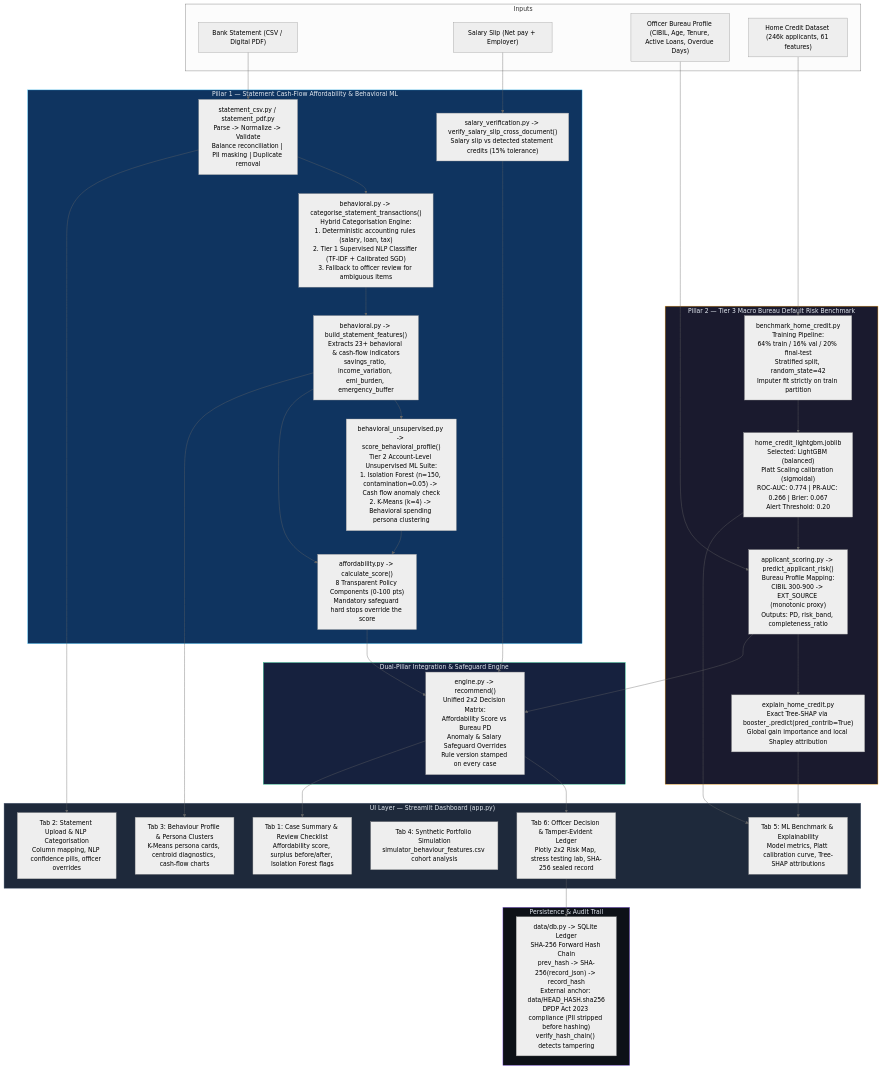
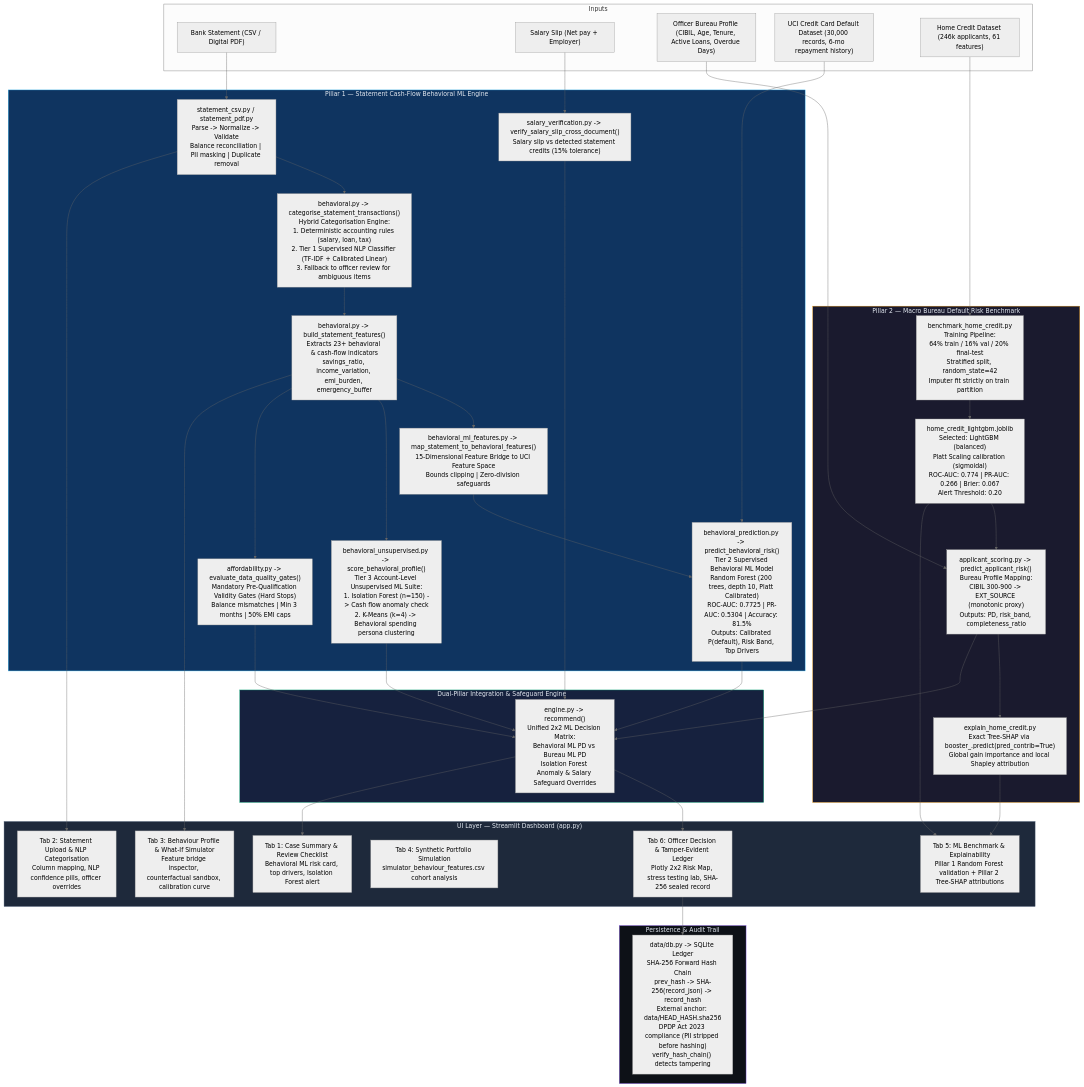
Before and after one commit to rohith5709/behavioral-credit-decision-support-system: the first of 2 diagrams in docs/system_architecture.md, drawn with Mermaid (neutral theme). The commit also changed other lines of this file and 3 other files, not shown here.

```diff
--- a/docs/system_architecture.md
+++ b/docs/system_architecture.md
@@ -17,24 +20,29 @@
         CSV["Bank Statement (CSV / Digital PDF)"]
         SLIP["Salary Slip (Net pay + Employer)"]
         BUREAU["Officer Bureau Profile (CIBIL, Age, Tenure, Active Loans, Overdue Days)"]
+        UCI["UCI Credit Card Default Dataset (30,000 records, 6-mo repayment history)"]
         HC["Home Credit Dataset (246k applicants, 61 features)"]
     end
 
-    subgraph Pillar1["Pillar 1 — Statement Cash-Flow Affordability & Behavioral ML"]
+    subgraph Pillar1["Pillar 1 — Statement Cash-Flow Behavioral ML Engine"]
         PARSE["statement_csv.py / statement_pdf.py\nParse -> Normalize -> Validate\nBalance reconciliation | PII masking | Duplicate removal"]
         
-        CAT["behavioral.py -> categorise_statement_transactions()\nHybrid Categorisation Engine:\n1. Deterministic accounting rules (salary, loan, tax)\n2. Tier 1 Supervised NLP Classifier (TF-IDF + Calibrated SGD)\n3. Fallback to officer review for ambiguous items"]
+        CAT["behavioral.py -> categorise_statement_transactions()\nHybrid Categorisation Engine:\n1. Deterministic accounting rules (salary, loan, tax)\n2. Tier 1 Supervised NLP Classifier (TF-IDF + Calibrated Linear)\n3. Fallback to officer review for ambiguous items"]
         
         FEAT["behavioral.py -> build_statement_features()\nExtracts 23+ behavioral & cash-flow indicators\nsavings_ratio, income_variation, emi_burden, emergency_buffer"]
         
-        UNSUP["behavioral_unsupervised.py -> score_behavioral_profile()\nTier 2 Account-Level Unsupervised ML Suite:\n1. Isolation Forest (n=150, contamination=0.05) -> Cash flow anomaly check\n2. K-Means (k=4) -> Behavioral spending persona clustering"]
+        BRIDGE["behavioral_ml_features.py -> map_statement_to_behavioral_features()\n15-Dimensional Feature Bridge to UCI Feature Space\nBounds clipping | Zero-division safeguards"]
         
-        AFF["affordability.py -> calculate_score()\n8 Transparent Policy Components (0-100 pts)\nMandatory safeguard hard stops override the score"]
+        ML_PRED["behavioral_prediction.py -> predict_behavioral_risk()\nTier 2 Supervised Behavioral ML Model\nRandom Forest (200 trees, depth 10, Platt Calibrated)\nROC-AUC: 0.7725 | PR-AUC: 0.5304 | Accuracy: 81.5%\nOutputs: Calibrated P(default), Risk Band, Top Drivers"]
+
+        UNSUP["behavioral_unsupervised.py -> score_behavioral_profile()\nTier 3 Account-Level Unsupervised ML Suite:\n1. Isolation Forest (n=150) -> Cash flow anomaly check\n2. K-Means (k=4) -> Behavioral spending persona clustering"]
+        
+        GATES["affordability.py -> evaluate_data_quality_gates()\nMandatory Pre-Qualification Validity Gates (Hard Stops)\nBalance mismatches | Min 3 months | 50% EMI caps"]
         
         VERIFY["salary_verification.py -> verify_salary_slip_cross_document()\nSalary slip vs detected statement credits (15% tolerance)"]
     end
 
-    subgraph Pillar2["Pillar 2 — Tier 3 Macro Bureau Default Risk Benchmark"]
+    subgraph Pillar2["Pillar 2 — Macro Bureau Default Risk Benchmark"]
         TRAIN["benchmark_home_credit.py\nTraining Pipeline:\n64% train / 16% val / 20% final-test\nStratified split, random_state=42\nImputer fit strictly on train partition"]
         
         MODEL["home_credit_lightgbm.joblib\nSelected: LightGBM (balanced)\nPlatt Scaling calibration (sigmoidal)\nROC-AUC: 0.774 | PR-AUC: 0.266 | Brier: 0.067\nAlert Threshold: 0.20"]
@@ -45,7 +53,7 @@
     end
 
     subgraph Integration["Dual-Pillar Integration & Safeguard Engine"]
-        ENGINE["engine.py -> recommend()\nUnified 2x2 Decision Matrix:\nAffordability Score vs Bureau PD\nAnomaly & Salary Safeguard Overrides\nRule version stamped on every case"]
+        ENGINE["engine.py -> recommend()\nUnified 2x2 ML Decision Matrix:\nBehavioral ML PD vs Bureau ML PD\nIsolation Forest Anomaly & Salary Safeguard Overrides"]
     end
 
     subgraph Persistence["Persistence & Audit Trail"]
@@ -53,24 +61,27 @@
     end
 
     subgraph UI["UI Layer — Streamlit Dashboard (app.py)"]
-        T1["Tab 1: Case Summary & Review Checklist\nAffordability score, surplus before/after, Isolation Forest flags"]
+        T1["Tab 1: Case Summary & Review Checklist\nBehavioral ML risk card, top drivers, Isolation Forest alert"]
         T2["Tab 2: Statement Upload & NLP Categorisation\nColumn mapping, NLP confidence pills, officer overrides"]
-        T3["Tab 3: Behaviour Profile & Persona Clusters\nK-Means persona cards, centroid diagnostics, cash-flow charts"]
+        T3["Tab 3: Behaviour Profile & What-If Simulator\nFeature bridge inspector, counterfactual sandbox, calibration curve"]
         T4["Tab 4: Synthetic Portfolio Simulation\nsimulator_behaviour_features.csv cohort analysis"]
-        T5["Tab 5: ML Benchmark & Explainability\nModel metrics, Platt calibration curve, Tree-SHAP attributions"]
+        T5["Tab 5: ML Benchmark & Explainability\nPillar 1 Random Forest validation + Pillar 2 Tree-SHAP attributions"]
         T6["Tab 6: Officer Decision & Tamper-Evident Ledger\nPlotly 2x2 Risk Map, stress testing lab, SHA-256 sealed record"]
     end
 
     CSV --> PARSE
     SLIP --> VERIFY
-    PARSE --> CAT --> FEAT --> UNSUP
-    FEAT --> AFF
-    UNSUP --> AFF
-    AFF --> ENGINE
+    PARSE --> CAT --> FEAT --> BRIDGE --> ML_PRED
+    FEAT --> UNSUP
+    FEAT --> GATES
+    GATES --> ENGINE
+    ML_PRED --> ENGINE
+    UNSUP --> ENGINE
     VERIFY --> ENGINE
 
     BUREAU --> SCORE
     HC --> TRAIN --> MODEL
+    UCI --> ML_PRED
     MODEL --> SCORE --> SHAP
     SCORE --> ENGINE
 
```
